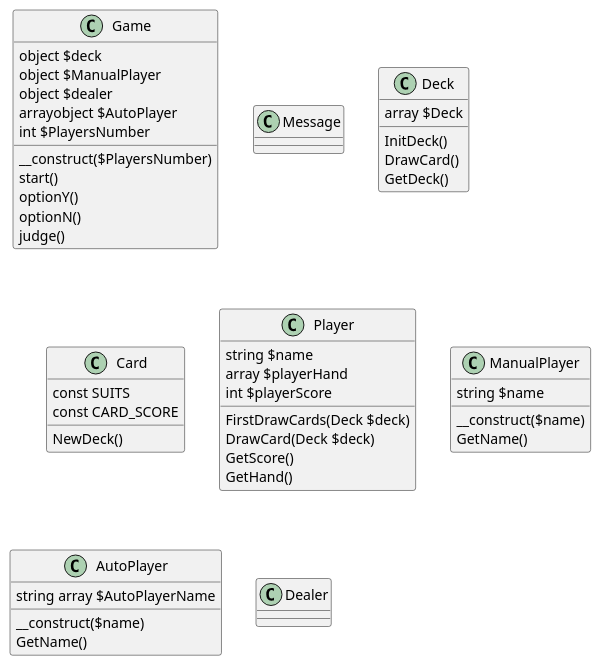
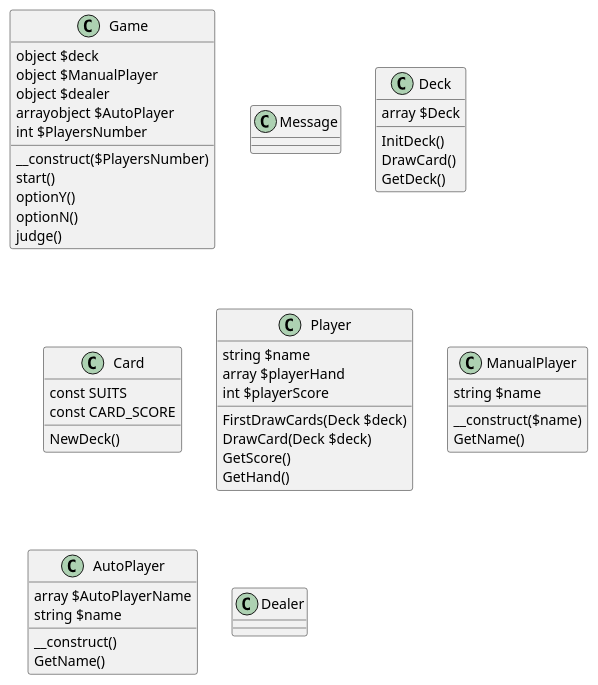
Before and after one commit to RohanKid/BlackJack: the diagram in src/PlantUML/BlackJackClassCase.pu, drawn with PlantUML. The commit also changed 1 other file, not shown here.

```diff
--- a/src/PlantUML/BlackJackClassCase.pu
+++ b/src/PlantUML/BlackJackClassCase.pu
@@ -1,53 +1,54 @@
 @startuml Blackjack
 class Game {
   object $deck
   object $ManualPlayer
   object $dealer
   arrayobject $AutoPlayer
   int $PlayersNumber
   __construct($PlayersNumber)
   start()
   optionY()
   optionN()
   judge()
 }
 class Message {
 
 }
 class Deck {
   array $Deck
   InitDeck()
   DrawCard()
   GetDeck()
 
 }
 class Card {
   const SUITS
   const CARD_SCORE
   NewDeck()
 }
 class Player {
   string $name
   array $playerHand
   int $playerScore
   FirstDrawCards(Deck $deck)
   DrawCard(Deck $deck)
   GetScore()
   GetHand()
 
 }
 class ManualPlayer {
   string $name
   __construct($name)
   GetName()
 
 }
 class AutoPlayer {
-  string array $AutoPlayerName
-  __construct($name)
+  array $AutoPlayerName
+  string $name
+  __construct()
   GetName()
 
 }
 class Dealer {
 }
 @enduml
```
